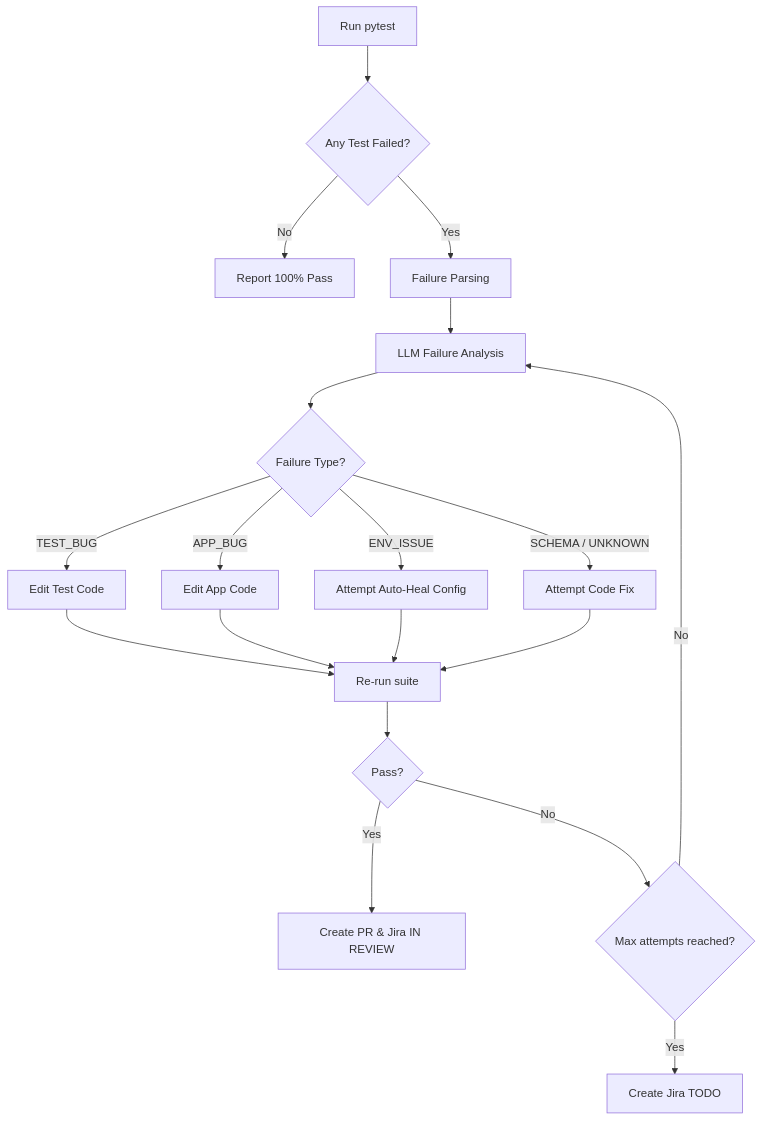
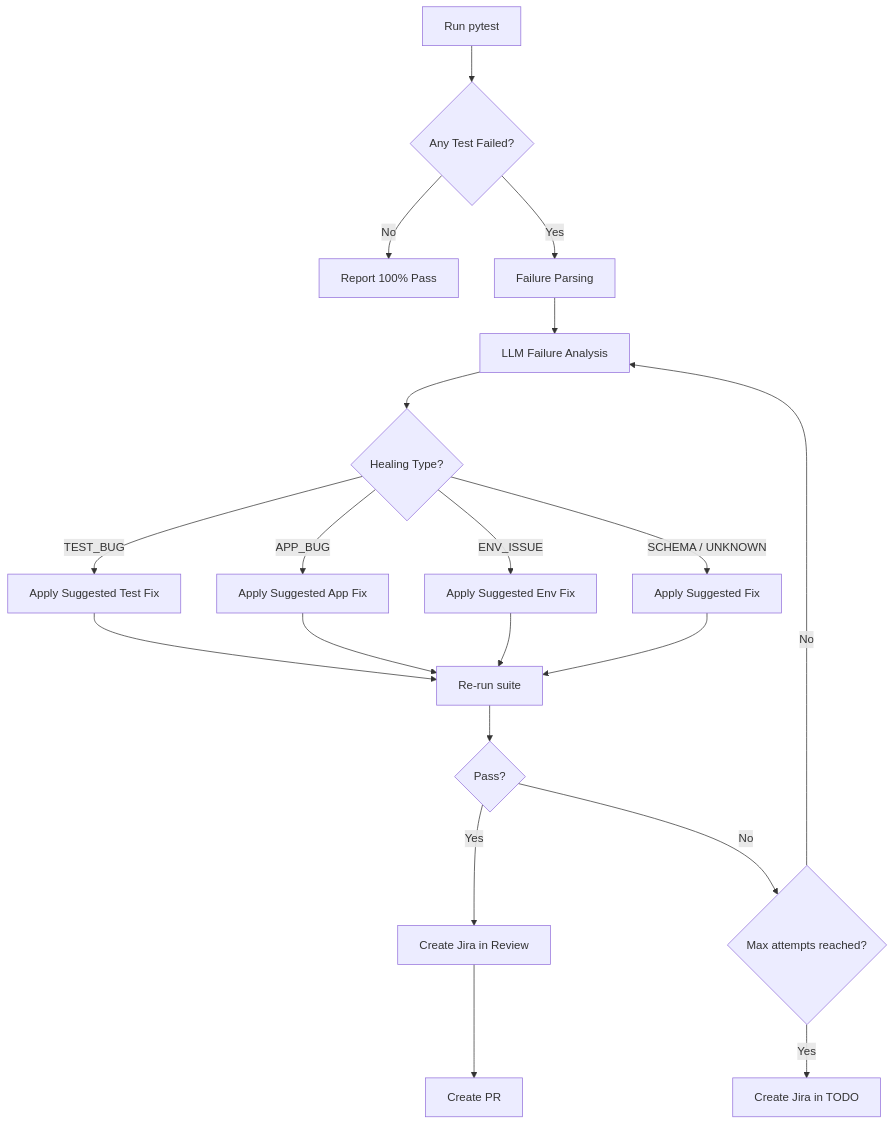
One commit to mohit-mungra-moschip/agentic_pipeline changed the diagram in demo_presentation_guide.md. Above: the diagram before and after it, drawn with Mermaid. The commit also changed 5 other files, not shown here.

````diff
--- a/demo_presentation_guide.md
+++ b/demo_presentation_guide.md
@@ -108,25 +108,26 @@
 ```mermaid
 graph TD
     A[Run pytest] --> B{Any Test Failed?}
     B -- No --> C[Report 100% Pass]
     B -- Yes --> D[Failure Parsing]
     D --> E[LLM Failure Analysis]
     
-    E --> F{Failure Type?}
+    E --> H{Healing Type?}
+    H -- TEST_BUG --> I[Apply Suggested Test Fix]
+    H -- APP_BUG --> J[Apply Suggested App Fix]
+    H -- ENV_ISSUE --> K[Apply Suggested Env Fix]
+    H -- SCHEMA / UNKNOWN --> L[Apply Suggested Fix]
     
-    F -- TEST_BUG --> G[Edit Test Code]
-    F -- APP_BUG --> H[Edit App Code]
-    F -- ENV_ISSUE --> I[Attempt Auto-Heal Config]
-    F -- SCHEMA / UNKNOWN --> J[Attempt Code Fix]
+    I --> M[Re-run suite]
+    J --> M
+    K --> M
+    L --> M
     
-    G --> K[Re-run suite]
-    H --> K
-    I --> K
-    J --> K
+    M --> N{Pass?}
+    N -- Yes --> O[Create Jira in Review]
+    O --> P[Create PR]
     
-    K --> L{Pass?}
-    L -- Yes --> M[Create PR & Jira IN REVIEW]
-    L -- No --> N{Max attempts reached?}
-    N -- No --> E
-    N -- Yes --> O[Create Jira TODO]
+    N -- No --> Q{Max attempts reached?}
+    Q -- No --> E
+    Q -- Yes --> R[Create Jira in TODO]
 ```
````
